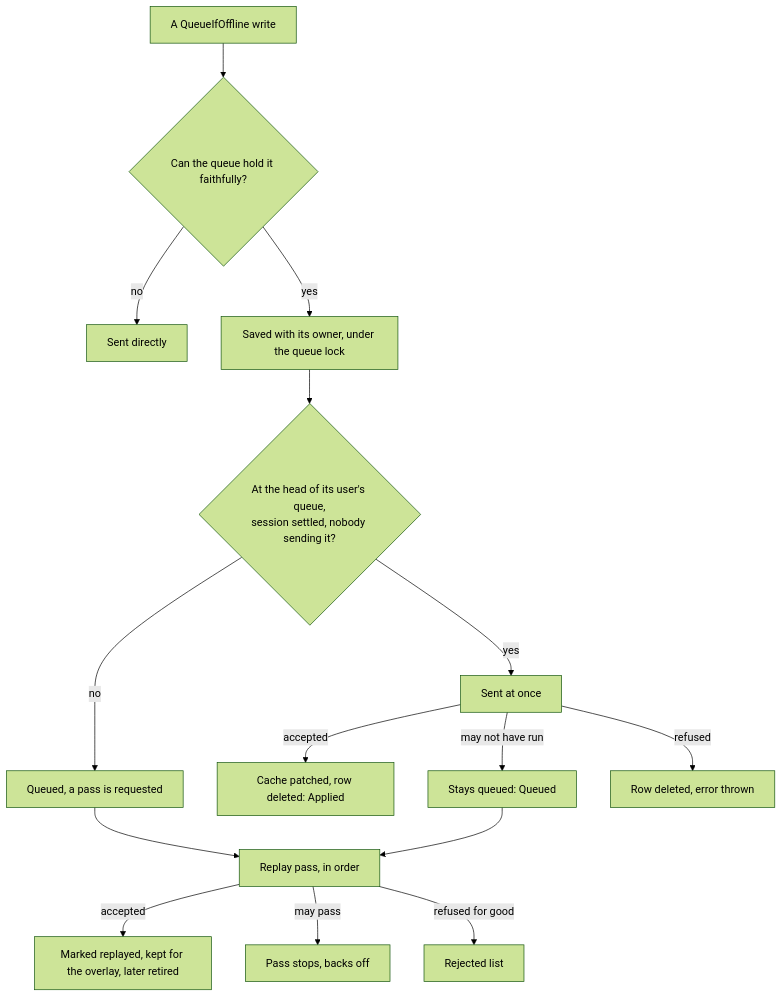
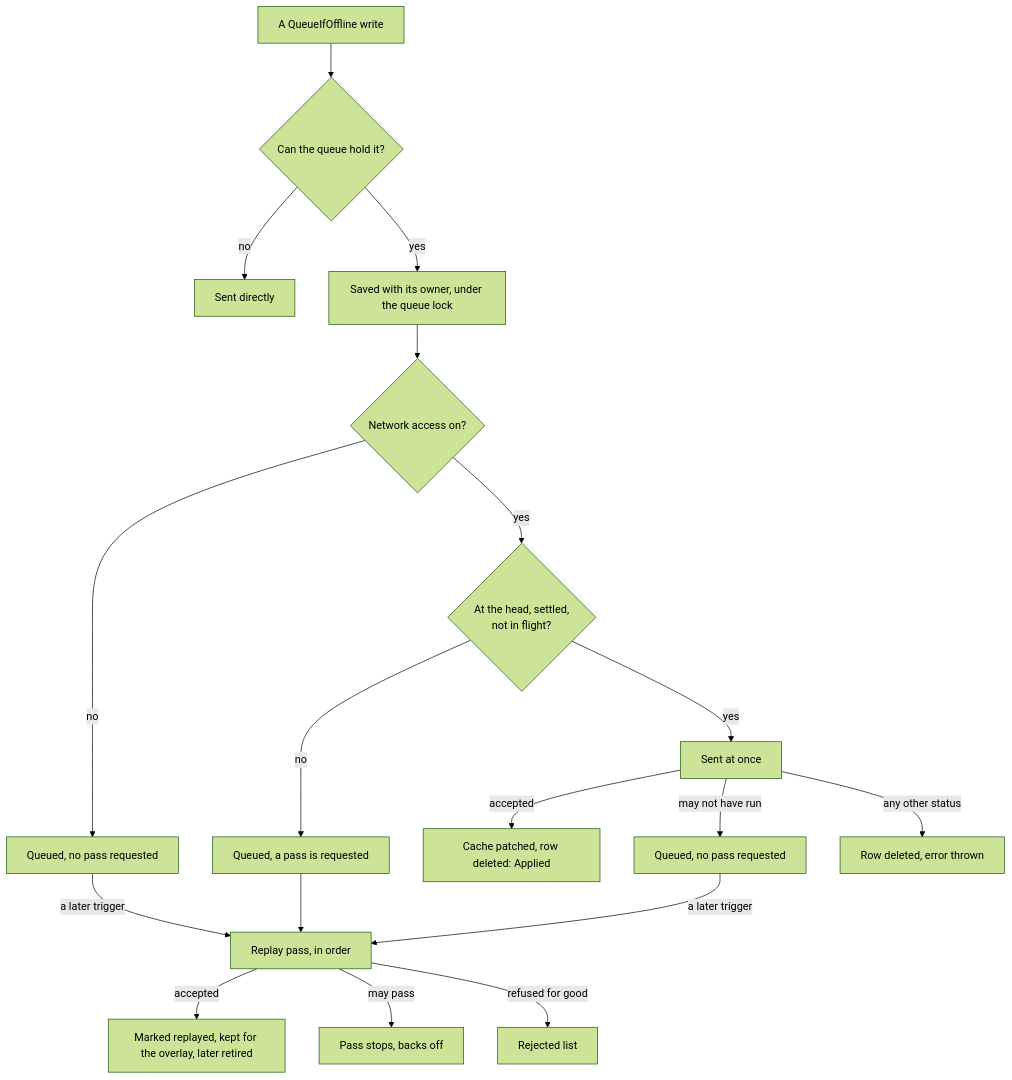
Before and after one commit to nesfeder/supabase-offline-kt: the fourth of 4 diagrams in docs/project/architecture.md, drawn with Mermaid (forest theme). The commit also changed other lines of this file, not shown here.

First line of the commit message:
docs: redraw the architecture page's diagrams (#85)

````diff
--- a/docs/project/architecture.md
+++ b/docs/project/architecture.md
@@ -665,17 +680,20 @@
 ```mermaid
 flowchart TD
-    W["A QueueIfOffline write"] --> Q{"Can the queue hold it faithfully?"}
+    W["A QueueIfOffline write"] --> Q{"Can the queue hold it?"}
     Q -- "no" --> D["Sent directly"]
     Q -- yes --> S["Saved with its owner, under the queue lock"]
-    S --> H{"At the head of its user's queue,<br/>session settled, nobody sending it?"}
+    S --> NS{"Network access on?"}
+    NS -- no --> QC["Queued, no pass requested"]
+    NS -- yes --> H{"At the head, settled,<br/>not in flight?"}
     H -- no --> QA["Queued, a pass is requested"]
     H -- yes --> X["Sent at once"]
     X -- accepted --> A["Cache patched, row deleted: Applied"]
-    X -- "may not have run" --> QB["Stays queued: Queued"]
-    X -- "refused" --> RF["Row deleted, error thrown"]
+    X -- "may not have run" --> QB["Queued, no pass requested"]
+    X -- "any other status" --> RF["Row deleted, error thrown"]
     QA --> PASS["Replay pass, in order"]
-    QB --> PASS
+    QB -- "a later trigger" --> PASS
+    QC -- "a later trigger" --> PASS
     PASS -- accepted --> SY["Marked replayed, kept for the overlay, later retired"]
     PASS -- "may pass" --> ST["Pass stops, backs off"]
     PASS -- "refused for good" --> RJ["Rejected list"]
 ```
````
